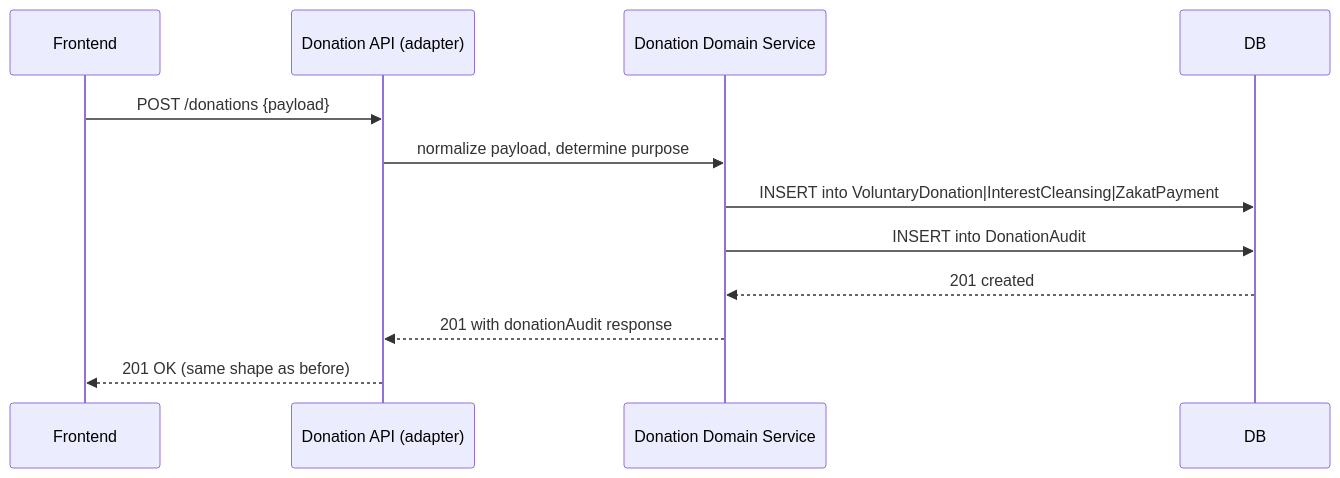
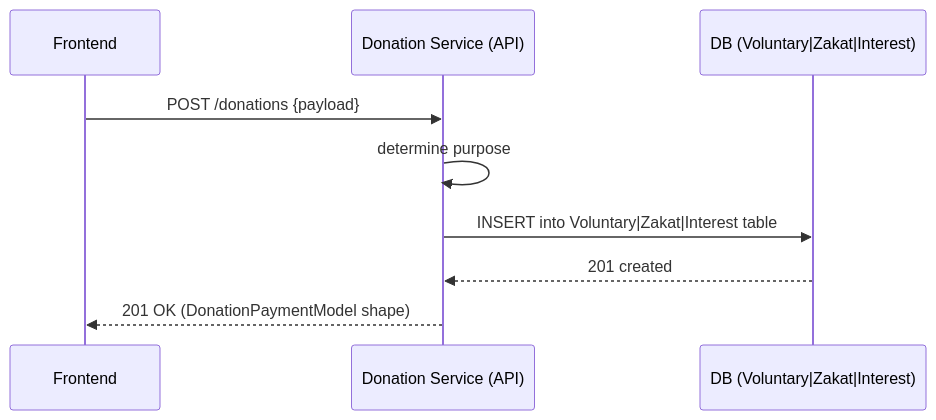
One commit to ab1303/my-financials-nextjs changed the first of 4 diagrams in spec/technical_debt/donationpayment-repurpose.md. Above: the diagram before and after it, drawn with Mermaid. The commit also changed other lines of this file and 10 other files, not shown here.

First line of the commit message:
Refactor donation payment model into purpose-specific structures

````diff
--- a/spec/technical_debt/donationpayment-repurpose.md
+++ b/spec/technical_debt/donationpayment-repurpose.md
@@ -127,15 +86,12 @@
 ```mermaid
 sequenceDiagram
   participant UI as Frontend
-  participant API as Donation API (adapter)
-  participant Service as Donation Domain Service
-  participant DB as DB
+  participant API as Donation Service (API)
+  participant DB as DB (Voluntary|Zakat|Interest)
 
   UI->>API: POST /donations {payload}
-  API->>Service: normalize payload, determine purpose
-  Service->>DB: INSERT into VoluntaryDonation|InterestCleansing|ZakatPayment
-  Service->>DB: INSERT into DonationAudit
-  DB-->>Service: 201 created
-  Service-->>API: 201 with donationAudit response
-  API-->>UI: 201 OK (same shape as before)
+  API->>API: determine purpose
+  API->>DB: INSERT into Voluntary|Zakat|Interest table
+  DB-->>API: 201 created
+  API-->>UI: 201 OK (DonationPaymentModel shape)
 ```
````
